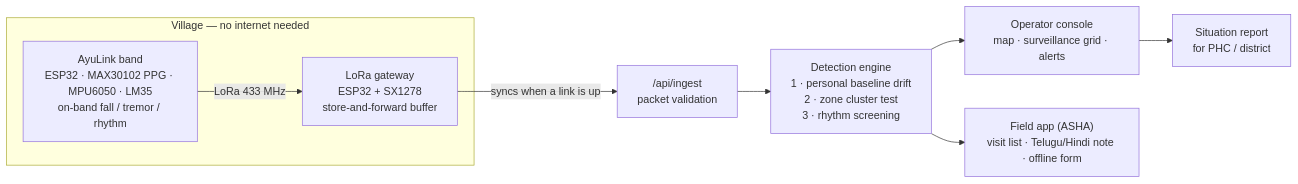
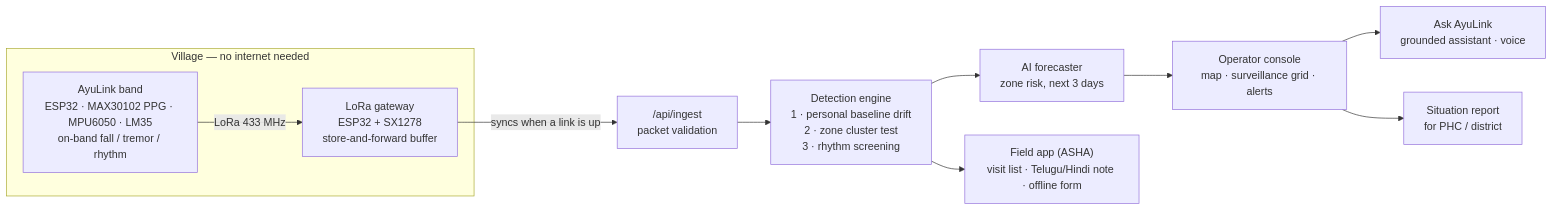
One commit to siddharthathula/ayulink-radar changed the diagram in README.md. Above: the diagram before and after it, drawn with Mermaid. The commit also changed other lines of this file and 33 other files, not shown here.

Commit message:
AI forecaster, Ask AyuLink assistant, modular band configurator, AI + business pages

````diff
--- a/README.md
+++ b/README.md
@@ -159,11 +212,13 @@
 ```mermaid
 flowchart LR
   subgraph Village["Village — no internet needed"]
     B1["AyuLink band<br/>ESP32 · MAX30102 PPG · MPU6050 · LM35<br/>on-band fall / tremor / rhythm"] -- "LoRa 433 MHz" --> G["LoRa gateway<br/>ESP32 + SX1278<br/>store-and-forward buffer"]
   end
   G -- "syncs when a link is up" --> I["/api/ingest<br/>packet validation"]
   I --> E["Detection engine<br/>1 · personal baseline drift<br/>2 · zone cluster test<br/>3 · rhythm screening"]
-  E --> C["Operator console<br/>map · surveillance grid · alerts"]
+  E --> AI["AI forecaster<br/>zone risk, next 3 days"]
+  AI --> C["Operator console<br/>map · surveillance grid · alerts"]
+  C --> A["Ask AyuLink<br/>grounded assistant · voice"]
   E --> F["Field app (ASHA)<br/>visit list · Telugu/Hindi note · offline form"]
   C --> R["Situation report<br/>for PHC / district"]
 ```
````
